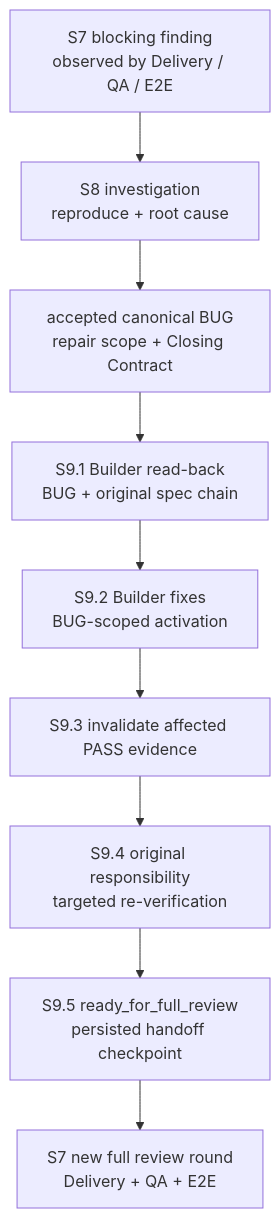
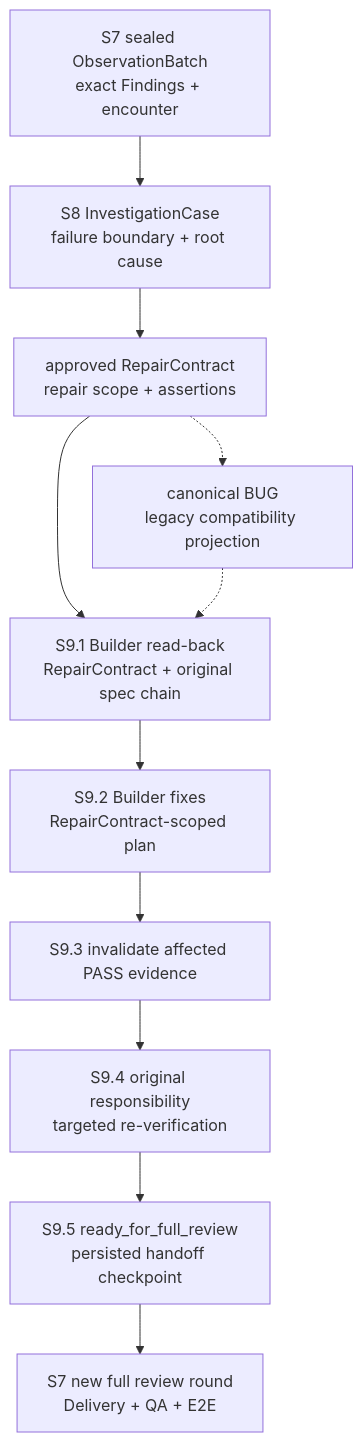
Before and after one commit to entroforge/go-system-builder: the second of 2 diagrams in docs/agent-protocol.md, drawn with Mermaid. The commit also changed other lines of this file and 487 other files, not shown here.

````diff
--- a/docs/agent-protocol.md
+++ b/docs/agent-protocol.md
@@ -377,14 +616,17 @@
   ```mermaid
   flowchart TD
-      FINDING["S7 blocking finding<br/>observed by Delivery / QA / E2E"]
-      INVESTIGATE["S8 investigation<br/>reproduce + root cause"]
-      BUG["accepted canonical BUG<br/>repair scope + Closing Contract"]
-      READBACK["S9.1 Builder read-back<br/>BUG + original spec chain"]
-      FIX["S9.2 Builder fixes<br/>BUG-scoped activation"]
+      FINDING["S7 sealed ObservationBatch<br/>exact Findings + encounter"]
+      INVESTIGATE["S8 InvestigationCase<br/>failure boundary + root cause"]
+      CONTRACT["approved RepairContract<br/>repair scope + assertions"]
+      BUG["canonical BUG<br/>legacy compatibility projection"]
+      READBACK["S9.1 Builder read-back<br/>RepairContract + original spec chain"]
+      FIX["S9.2 Builder fixes<br/>RepairContract-scoped plan"]
       INVALIDATE["S9.3 invalidate affected PASS evidence"]
       TARGET["S9.4 original responsibility<br/>targeted re-verification"]
       HANDOFF["S9.5 ready_for_full_review<br/>persisted handoff checkpoint"]
       REVIEW["S7 new full review round<br/>Delivery + QA + E2E"]
 
-      FINDING --> INVESTIGATE --> BUG --> READBACK --> FIX --> INVALIDATE --> TARGET --> HANDOFF --> REVIEW
+      FINDING --> INVESTIGATE --> CONTRACT --> READBACK --> FIX --> INVALIDATE --> TARGET --> HANDOFF --> REVIEW
+      CONTRACT -.-> BUG
+      BUG -.-> READBACK
   ```
````
